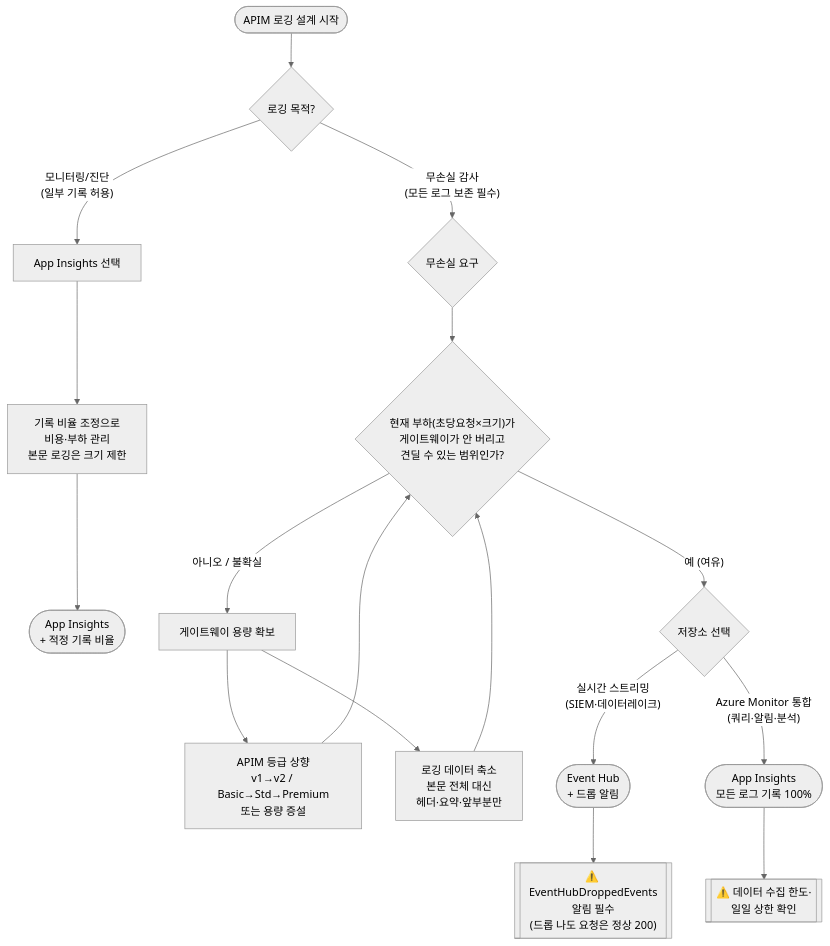
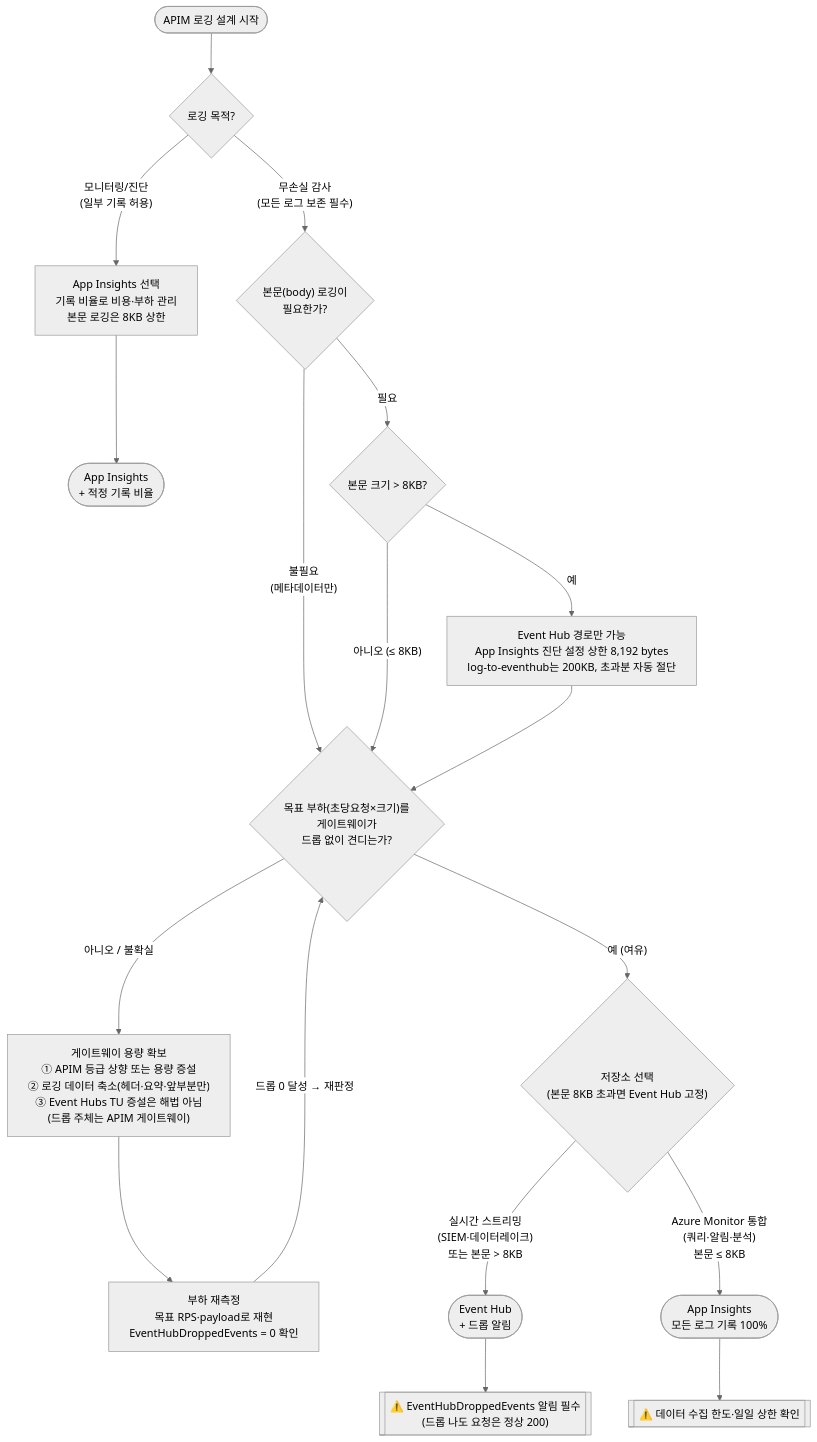
Before and after one commit to ChangJu-Ahn/Azure-AI-Gateway-KR: the diagram in labs/lab13-logging-perf-benchmark/DECISION-TREE.md, drawn with Mermaid (neutral theme). The commit also changed other lines of this file and 2 other files, not shown here.

````diff
--- a/labs/lab13-logging-perf-benchmark/DECISION-TREE.md
+++ b/labs/lab13-logging-perf-benchmark/DECISION-TREE.md
@@ -29,26 +30,35 @@
 ```mermaid
+---
+config:
+  flowchart:
+    wrappingWidth: 320
+    nodeSpacing: 55
+    rankSpacing: 60
+---
 flowchart TD
     START([APIM 로깅 설계 시작]) --> PURPOSE{로깅 목적?}
 
-    PURPOSE -->|"모니터링/진단<br/>(일부 기록 허용)"| AI_PATH[App Insights 선택]
-    PURPOSE -->|"무손실 감사<br/>(모든 로그 보존 필수)"| LOSSLESS{무손실 요구}
+    PURPOSE -->|"모니터링/진단<br/>(일부 기록 허용)"| AI_PATH["App Insights 선택<br/>기록 비율로 비용·부하 관리<br/>본문 로깅은 8KB 상한"]
+    AI_PATH --> AI_DONE([App Insights<br/>+ 적정 기록 비율])
 
-    AI_PATH --> AI_SAMP[기록 비율 조정으로<br/>비용·부하 관리<br/>본문 로깅은 크기 제한]
-    AI_SAMP --> AI_DONE([App Insights<br/>+ 적정 기록 비율])
+    PURPOSE -->|"무손실 감사<br/>(모든 로그 보존 필수)"| BODY{"본문(body) 로깅이<br/>필요한가?"}
 
-    LOSSLESS --> LOAD{"현재 부하(초당요청×크기)가<br/>게이트웨이가 안 버리고<br/>견딜 수 있는 범위인가?"}
+    BODY -->|"불필요<br/>(메타데이터만)"| LOAD
+    BODY -->|"필요"| SIZE{"본문 크기 &gt; 8KB?"}
 
-    LOAD -->|"예 (여유)"| SINK{저장소 선택}
-    LOAD -->|"아니오 / 불확실"| SCALE[게이트웨이 용량 확보]
+    SIZE -->|"예"| EH_ONLY["Event Hub 경로만 가능<br/>App Insights 진단 설정 상한 8,192 bytes<br/>log-to-eventhub는 200KB, 초과분 자동 절단"]
+    SIZE -->|"아니오 (≤ 8KB)"| LOAD
+    EH_ONLY --> LOAD{"목표 부하(초당요청×크기)를<br/>게이트웨이가<br/>드롭 없이 견디는가?"}
 
-    SCALE --> SKU_UP[APIM 등급 상향<br/>v1→v2 / Basic→Std→Premium<br/>또는 용량 증설]
-    SCALE --> PAYLOAD_CUT[로깅 데이터 축소<br/>본문 전체 대신<br/>헤더·요약·앞부분만]
-    SKU_UP --> LOAD
-    PAYLOAD_CUT --> LOAD
+    LOAD -->|"아니오 / 불확실"| SCALE["게이트웨이 용량 확보<br/>① APIM 등급 상향 또는 용량 증설<br/>② 로깅 데이터 축소(헤더·요약·앞부분만)<br/>③ Event Hubs TU 증설은 해법 아님<br/>(드롭 주체는 APIM 게이트웨이)"]
+    SCALE --> RECHECK["부하 재측정<br/>목표 RPS·payload로 재현<br/>EventHubDroppedEvents = 0 확인"]
+    RECHECK -->|"드롭 0 달성 → 재판정"| LOAD
 
-    SINK -->|"실시간 스트리밍<br/>(SIEM·데이터레이크)"| EH_DONE([Event Hub<br/>+ 드롭 알림])
-    SINK -->|"Azure Monitor 통합<br/>(쿼리·알림·분석)"| AI_100([App Insights<br/>모든 로그 기록 100%])
+    LOAD -->|"예 (여유)"| SINK{"저장소 선택<br/>(본문 8KB 초과면 Event Hub 고정)"}
 
-    EH_DONE --> MON[["⚠️ EventHubDroppedEvents<br/>알림 필수<br/>(드롭 나도 요청은 정상 200)"]]
-    AI_100 --> CAP[["⚠️ 데이터 수집 한도·<br/>일일 상한 확인"]]
+    SINK -->|"실시간 스트리밍<br/>(SIEM·데이터레이크)<br/>또는 본문 &gt; 8KB"| EH_DONE([Event Hub<br/>+ 드롭 알림])
+    SINK -->|"Azure Monitor 통합<br/>(쿼리·알림·분석)<br/>본문 ≤ 8KB"| AI_100([App Insights<br/>모든 로그 기록 100%])
+
+    EH_DONE --> MON[["⚠️ EventHubDroppedEvents 알림 필수<br/>(드롭 나도 요청은 정상 200)"]]
+    AI_100 --> CAP[["⚠️ 데이터 수집 한도·일일 상한 확인"]]
 ```
````
